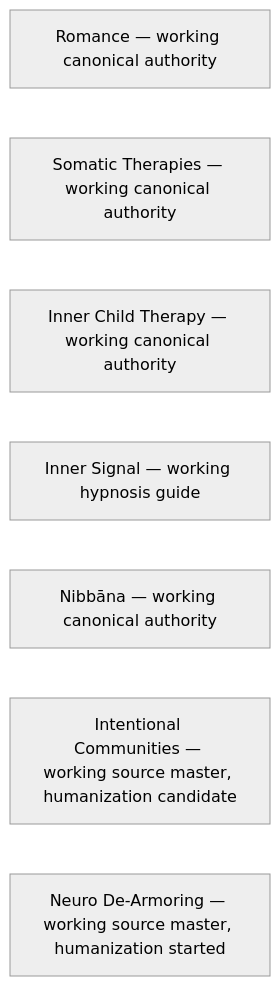
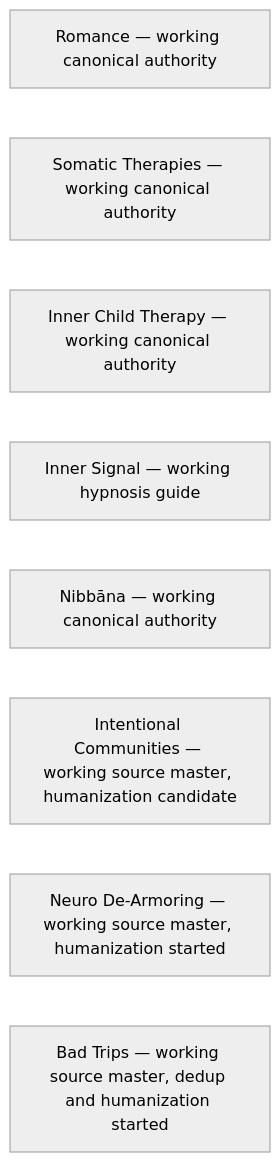
One commit to u-dont-existDOTcom/joel-articles changed the diagram in ARTICLE-META-MAP.md. Above: the diagram before and after it, drawn with Mermaid (neutral theme). The commit also changed other lines of this file and 44 other files, not shown here.

First line of the commit message:
Bad Trips guide: registered, baseline label, round 1 marking page; shared check and tool fixes

````diff
--- a/ARTICLE-META-MAP.md
+++ b/ARTICLE-META-MAP.md
@@ -13,10 +14,11 @@
 ```mermaid
 flowchart LR
     romance["Romance — working canonical authority"]
     somatic["Somatic Therapies — working canonical authority"]
     innerchild["Inner Child Therapy — working canonical authority"]
     hypnosis["Inner Signal — working hypnosis guide"]
     nibbana["Nibbāna — working canonical authority"]
     communities["Intentional Communities — working source master, humanization candidate"]
     neuro["Neuro De-Armoring — working source master, humanization started"]
+    badtrips["Bad Trips — working source master, dedup and humanization started"]
 ```
````
